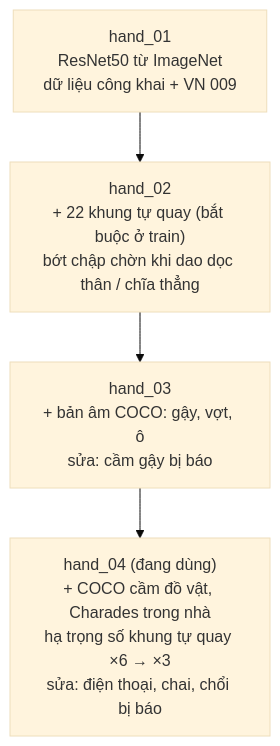
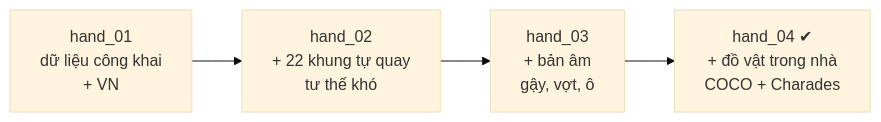
One commit to TranDuon/anomaly-behavior-detector-system changed the sixth of 6 diagrams in docs/bao-ve-pha-hoai-va-vat-sac-nhon.md. Above: the diagram before and after it, drawn with Mermaid (base theme). The commit also changed other lines of this file, not shown here.

````diff
--- a/docs/bao-ve-pha-hoai-va-vat-sac-nhon.md
+++ b/docs/bao-ve-pha-hoai-va-vat-sac-nhon.md
@@ -166,7 +142,6 @@
 ```mermaid
-flowchart TB
-    H1["hand_01<br/>ResNet50 từ ImageNet<br/>dữ liệu công khai + VN 009"] --> H2
-    H2["hand_02<br/>+ 22 khung tự quay (bắt buộc ở train)<br/>bớt chập chờn khi dao dọc thân / chĩa thẳng"] --> H3
-    H3["hand_03<br/>+ bản âm COCO: gậy, vợt, ô<br/>sửa: cầm gậy bị báo"] --> H4
-    H4["hand_04 (đang dùng)<br/>+ COCO cầm đồ vật, Charades trong nhà<br/>hạ trọng số khung tự quay ×6 → ×3<br/>sửa: điện thoại, chai, chổi bị báo"]
+flowchart LR
+    H1["hand_01<br/>dữ liệu công khai<br/>+ VN"] --> H2["hand_02<br/>+ 22 khung tự quay<br/>tư thế khó"]
+    H2 --> H3["hand_03<br/>+ bản âm<br/>gậy, vợt, ô"]
+    H3 --> H4["hand_04 ✔<br/>+ đồ vật trong nhà<br/>COCO + Charades"]
 ```
````
